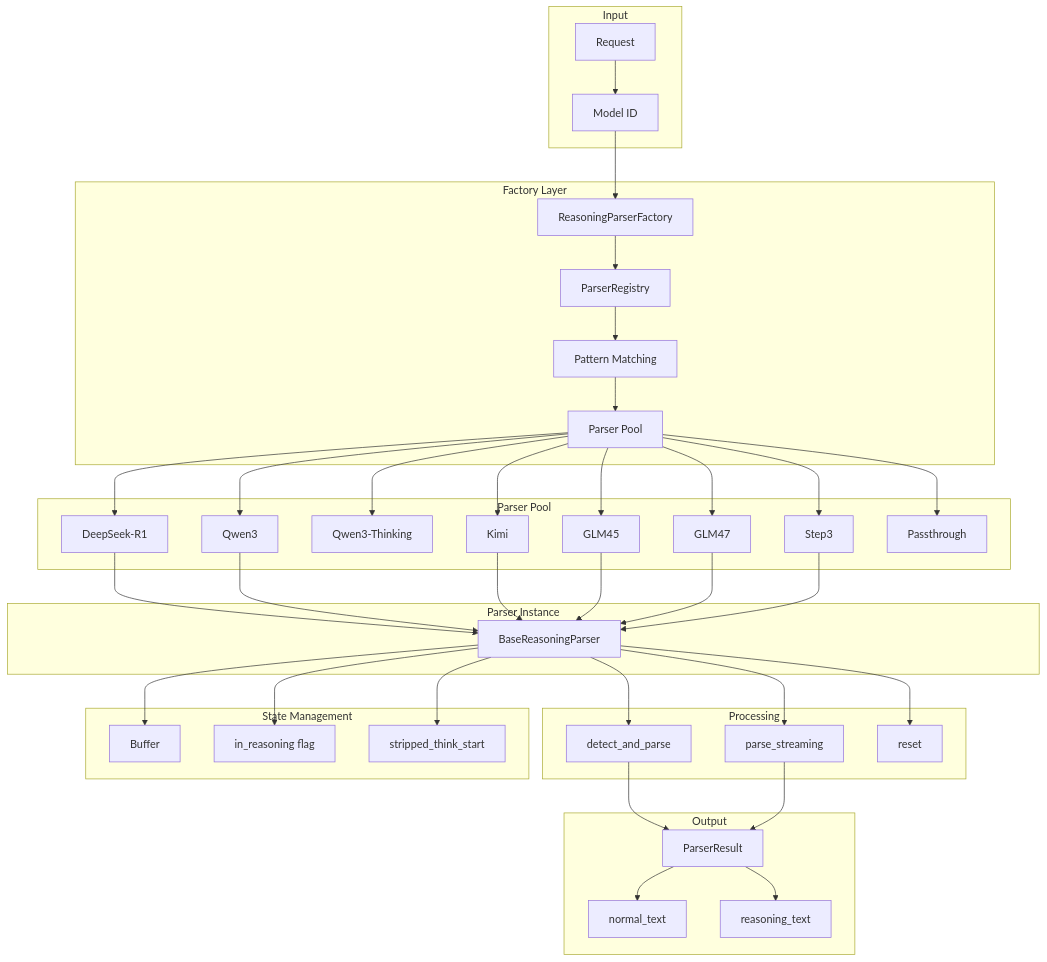
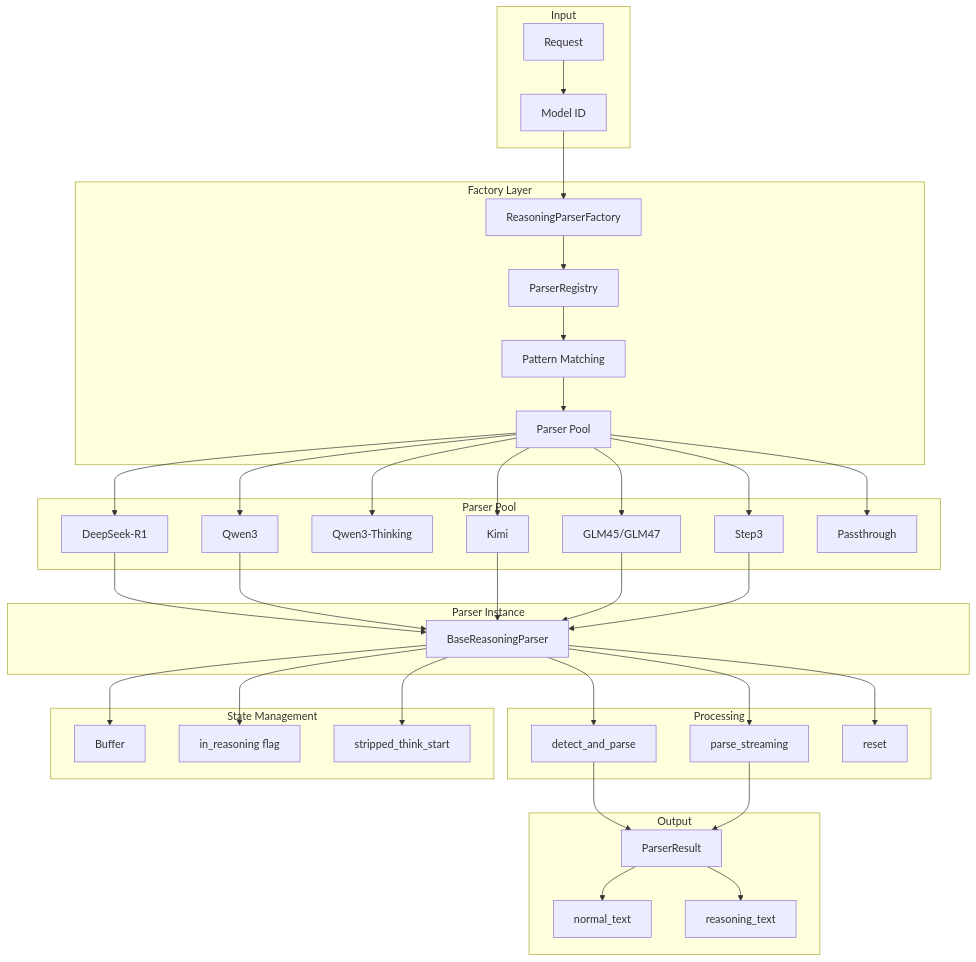
The first of 3 diagrams in sgl-model-gateway/src/reasoning_parser/README.md (sgl-project/sglang), drawn with Mermaid before and after one commit. The commit also changed other lines of this file and 7 other files, not shown here.

````diff
--- a/sgl-model-gateway/src/reasoning_parser/README.md
+++ b/sgl-model-gateway/src/reasoning_parser/README.md
@@ -40,52 +40,50 @@
 ```mermaid
 graph TB
     subgraph Input
         R[Request] --> MID[Model ID]
     end
 
     subgraph Factory Layer
         MID --> PF[ReasoningParserFactory]
         PF --> REG[ParserRegistry]
         REG --> PM[Pattern Matching]
         PM --> PP[Parser Pool]
     end
 
     subgraph Parser Pool
         PP --> DS[DeepSeek-R1]
         PP --> QW[Qwen3]
         PP --> QWT[Qwen3-Thinking]
         PP --> KM[Kimi]
-        PP --> GL[GLM45]
-        PP --> GL47[GLM47]
+        PP --> GL[GLM45/GLM47]
         PP --> S3[Step3]
         PP --> PT[Passthrough]
     end
 
     subgraph Parser Instance
         DS --> BP[BaseReasoningParser]
         QW --> BP
         KM --> BP
         GL --> BP
-        GL47 --> BP
         S3 --> BP
     end
 
     subgraph Processing
         BP --> DAP[detect_and_parse]
         BP --> PSI[parse_streaming]
         BP --> RST[reset]
     end
 
     subgraph State Management
         BP --> BUF[Buffer]
         BP --> IR[in_reasoning flag]
         BP --> STS[stripped_think_start]
     end
 
     subgraph Output
         DAP --> PR[ParserResult]
         PSI --> PR
         PR --> NT[normal_text]
         PR --> RT[reasoning_text]
     end
 ```
````
